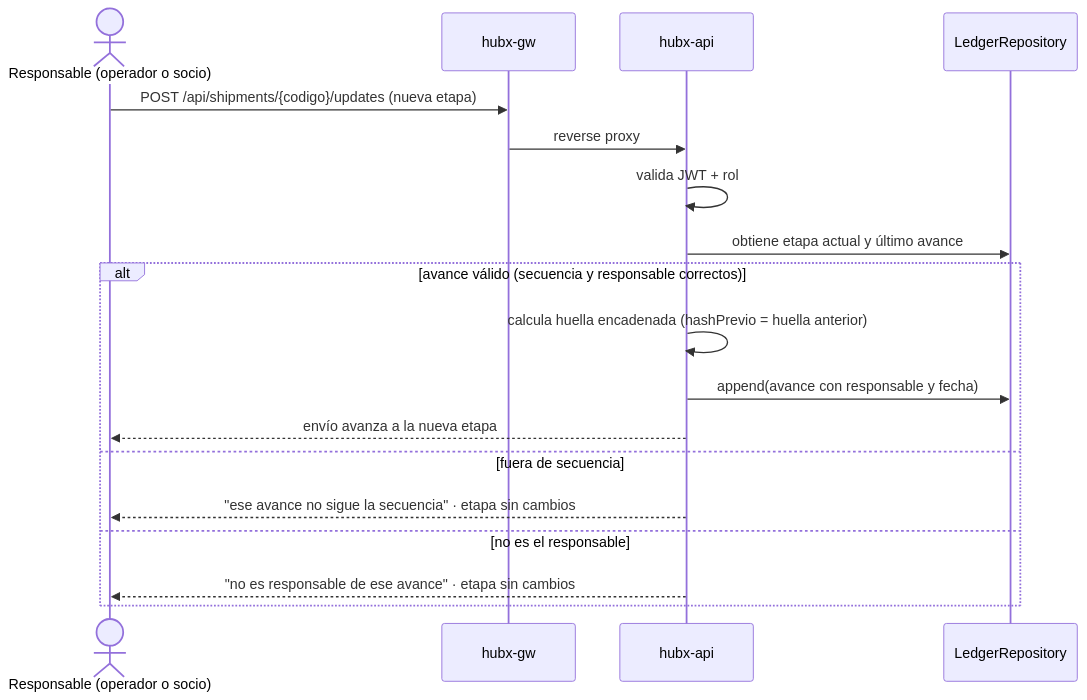
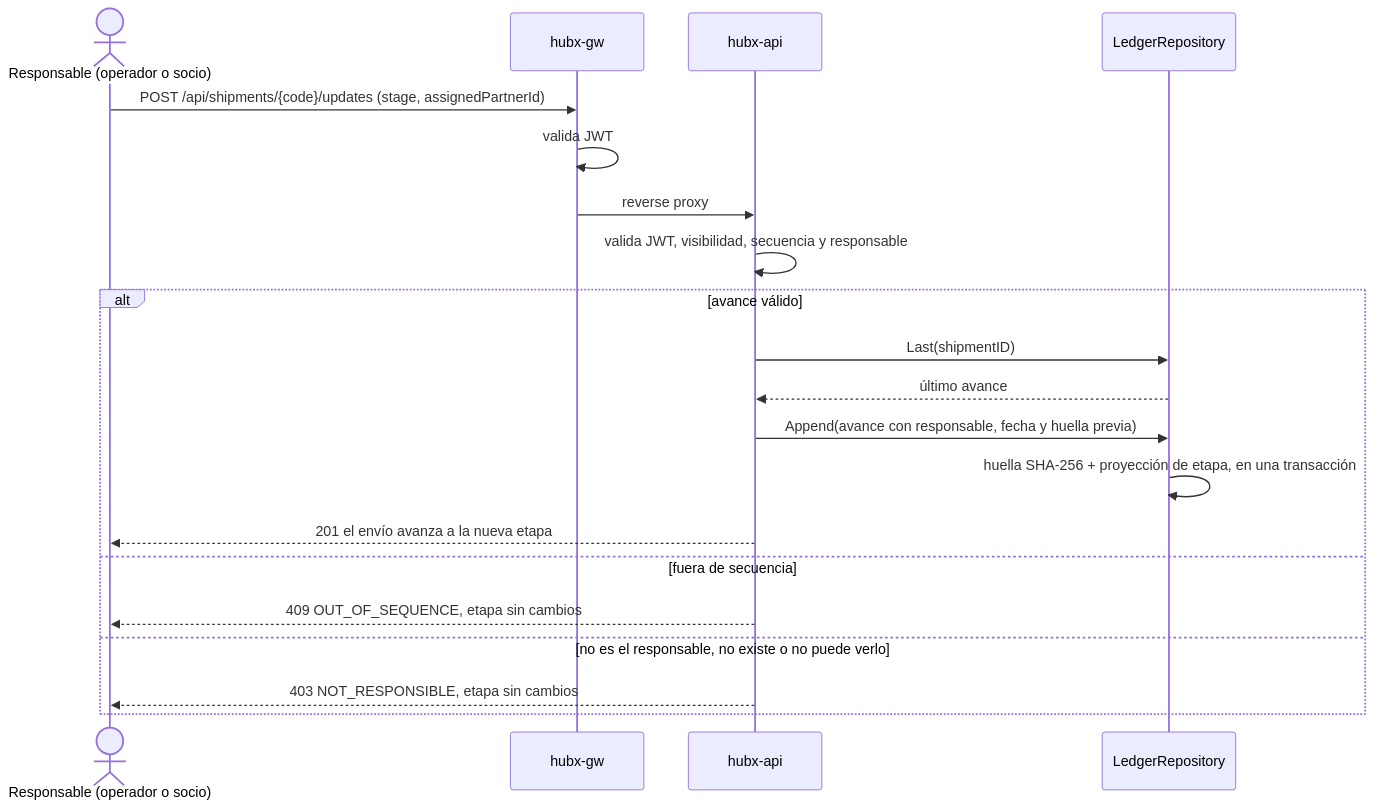
Before and after one commit to JairoHGomezCastillo/hubx: the third of 6 diagrams in docs/diagramas/04-flujos-aplicacion.md, drawn with Mermaid. The commit also changed other lines of this file and 6 other files, not shown here.

Commit message:
[agent:hubx-lead] 011 update docs/diagramas to the current state

````diff
--- a/docs/diagramas/04-flujos-aplicacion.md
+++ b/docs/diagramas/04-flujos-aplicacion.md
@@ -63,21 +73,23 @@
 ```mermaid
 sequenceDiagram
     actor R as Responsable (operador o socio)
     participant GW as hubx-gw
     participant API as hubx-api
     participant LR as LedgerRepository
 
-    R->>GW: POST /api/shipments/{codigo}/updates (nueva etapa)
+    R->>GW: POST /api/shipments/{code}/updates (stage, assignedPartnerId)
+    GW->>GW: valida JWT
     GW->>API: reverse proxy
-    API->>API: valida JWT + rol
-    API->>LR: obtiene etapa actual y último avance
-    alt avance válido (secuencia y responsable correctos)
-        API->>API: calcula huella encadenada (hashPrevio = huella anterior)
-        API->>LR: append(avance con responsable y fecha)
-        API-->>R: envío avanza a la nueva etapa
+    API->>API: valida JWT, visibilidad, secuencia y responsable
+    alt avance válido
+        API->>LR: Last(shipmentID)
+        LR-->>API: último avance
+        API->>LR: Append(avance con responsable, fecha y huella previa)
+        LR->>LR: huella SHA-256 + proyección de etapa, en una transacción
+        API-->>R: 201 el envío avanza a la nueva etapa
     else fuera de secuencia
-        API-->>R: "ese avance no sigue la secuencia" · etapa sin cambios
-    else no es el responsable
-        API-->>R: "no es responsable de ese avance" · etapa sin cambios
+        API-->>R: 409 OUT_OF_SEQUENCE, etapa sin cambios
+    else no es el responsable, no existe o no puede verlo
+        API-->>R: 403 NOT_RESPONSIBLE, etapa sin cambios
     end
 ```
````
